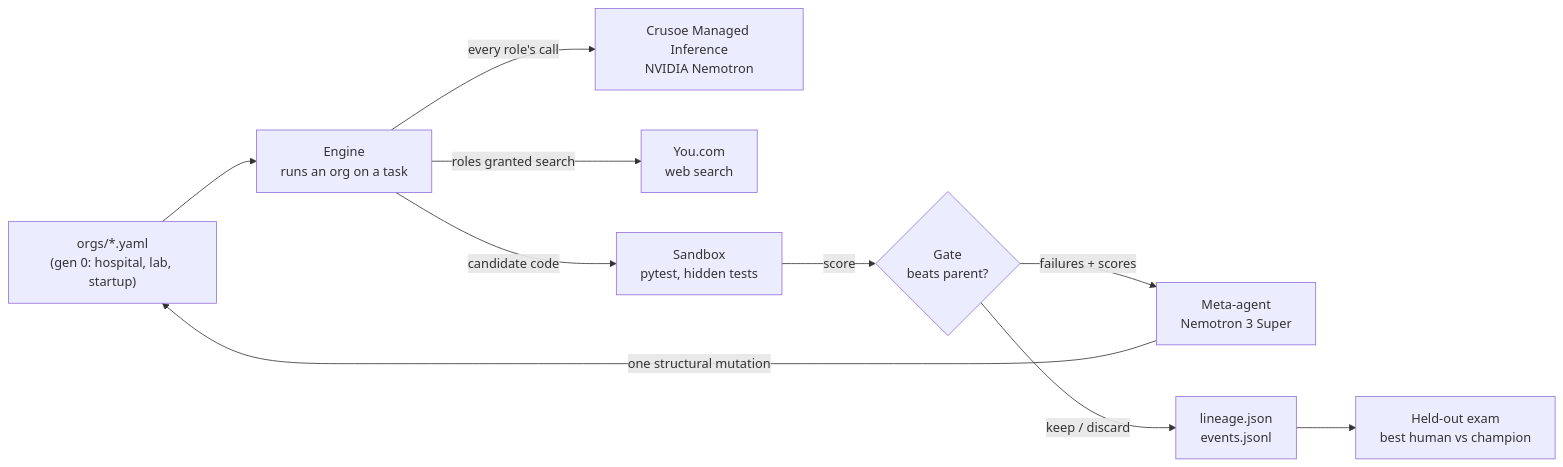
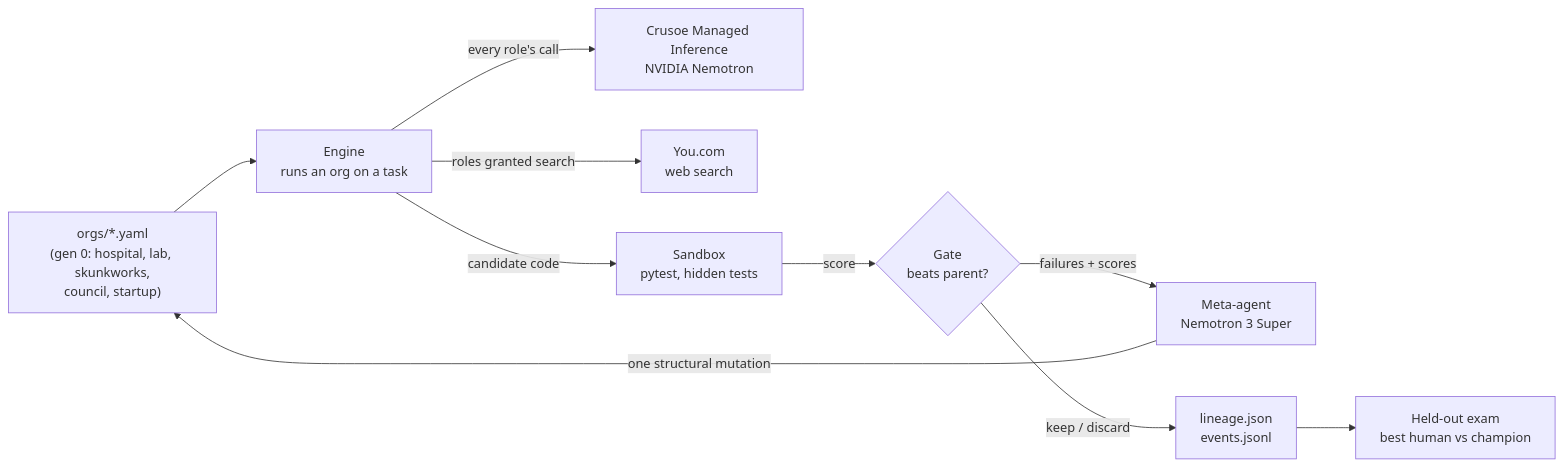
Before and after one commit to srodrift/darWIN: the diagram in README.md, drawn with Mermaid. The commit also changed other lines of this file and 17 other files, not shown here.

First line of the commit message:
Multi-team orgs: governance (tests, leader, council, router), isolated teams, review panels, org-shape mutations, skunkworks + council seeds, catalog of flat/functional/divisional/matrix; 241 tests

````diff
--- a/README.md
+++ b/README.md
@@ -30,12 +32,12 @@
 ```mermaid
 flowchart LR
-  Y["orgs/*.yaml<br/>(gen 0: hospital, lab, startup)"] --> E["Engine<br/>runs an org on a task"]
+  Y["orgs/*.yaml<br/>(gen 0: hospital, lab, skunkworks,<br/>council, startup)"] --> E["Engine<br/>runs an org on a task"]
   E -- "every role's call" --> C["Crusoe Managed Inference<br/>NVIDIA Nemotron"]
   E -- "roles granted search" --> YC["You.com<br/>web search"]
   E -- "candidate code" --> S["Sandbox<br/>pytest, hidden tests"]
   S -- "score" --> G{"Gate<br/>beats parent?"}
   G -- "failures + scores" --> M["Meta-agent<br/>Nemotron 3 Super"]
   M -- "one structural mutation" --> Y
   G -- "keep / discard" --> L["lineage.json<br/>events.jsonl"]
   L --> X["Held-out exam<br/>best human vs champion"]
 ```
````
